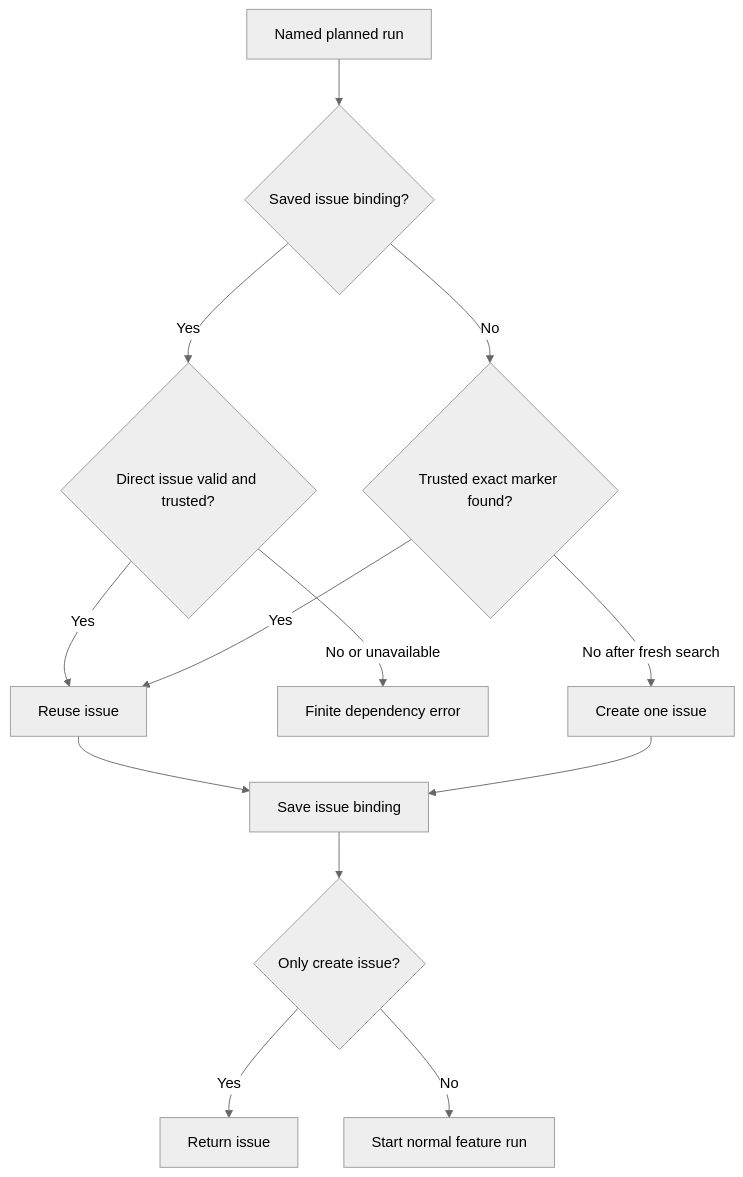
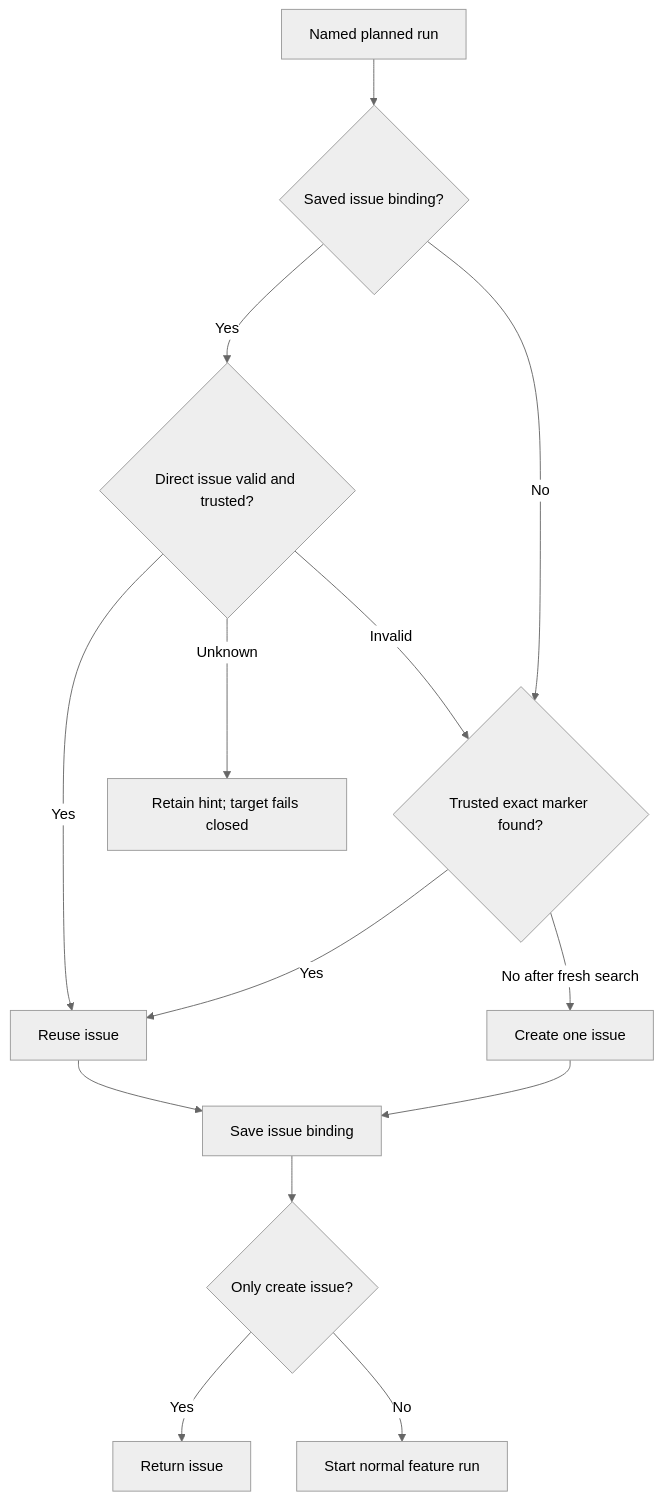
One commit to promptdriven/pdd changed the diagram in prompts/cli/product.prompt.md. Above: the diagram before and after it, drawn with Mermaid (neutral theme). The commit also changed other lines of this file and 16 other files, not shown here.

````diff
--- a/prompts/cli/product.prompt.md
+++ b/prompts/cli/product.prompt.md
@@ -202,15 +212,16 @@
 ```mermaid
 flowchart TD
     R[Named planned run] --> B{Saved issue binding?}
     B -->|Yes| V{Direct issue valid and trusted?}
     V -->|Yes| U[Reuse issue]
-    V -->|No or unavailable| X[Finite dependency error]
+    V -->|Invalid| E
+    V -->|Unknown| X[Retain hint; target fails closed]
     B -->|No| E{Trusted exact marker found?}
     E -->|Yes| U
     E -->|No after fresh search| C[Create one issue]
     U --> S[Save issue binding]
     C --> S
     S --> N{Only create issue?}
     N -->|Yes| D[Return issue]
     N -->|No| F[Start normal feature run]
 ```
````
